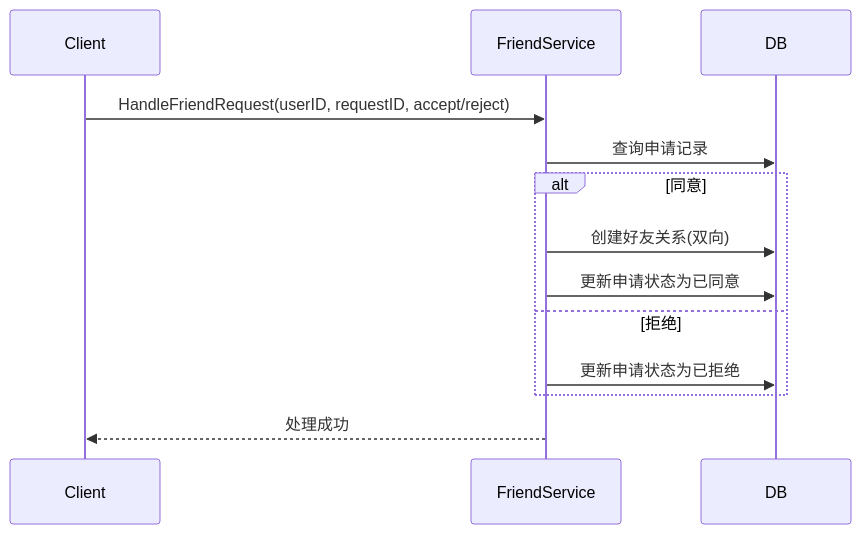
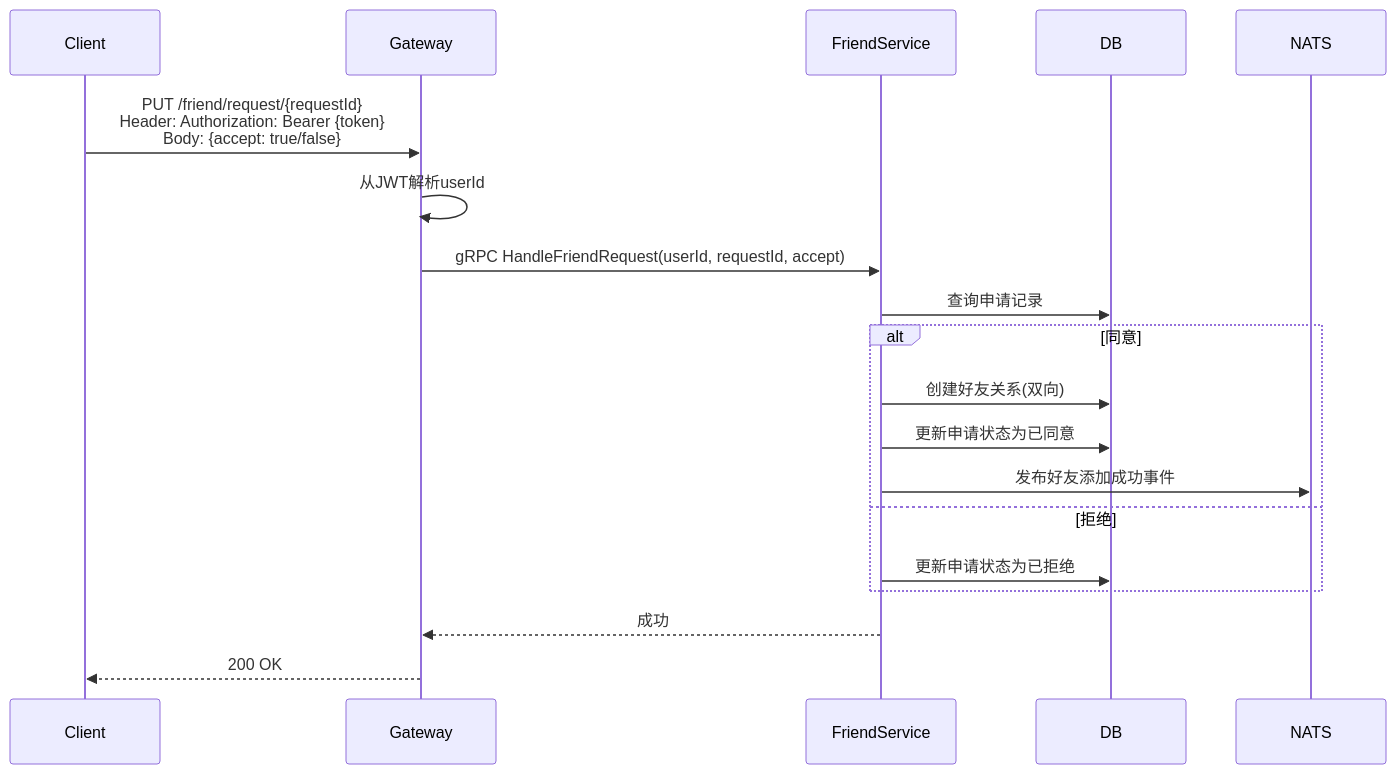
One commit to yzhgit/anychat-server changed the second of 3 diagrams in docs/design/friend/request.md. Above: the diagram before and after it, drawn with Mermaid. The commit also changed other lines of this file and 30 other files, not shown here.

First line of the commit message:
docs: 更新设计文档时序图，添加Gateway和NATS参与者

````diff
--- a/docs/design/friend/request.md
+++ b/docs/design/friend/request.md
@@ -60,16 +65,22 @@
 ```mermaid
 sequenceDiagram
     participant Client
+    participant Gateway
     participant FriendService
     participant DB
+    participant NATS
 
-    Client->>FriendService: HandleFriendRequest(userID, requestID, accept/reject)
+    Client->>Gateway: PUT /friend/request/{requestId}<br/>Header: Authorization: Bearer {token}<br/>Body: {accept: true/false}
+    Gateway->>Gateway: 从JWT解析userId
+    Gateway->>FriendService: gRPC HandleFriendRequest(userId, requestId, accept)
     FriendService->>DB: 查询申请记录
     alt 同意
         FriendService->>DB: 创建好友关系(双向)
         FriendService->>DB: 更新申请状态为已同意
+        FriendService->>NATS: 发布好友添加成功事件
     else 拒绝
         FriendService->>DB: 更新申请状态为已拒绝
     end
-    FriendService-->>Client: 处理成功
+    FriendService-->>Gateway: 成功
+    Gateway-->>Client: 200 OK
 ```
````
